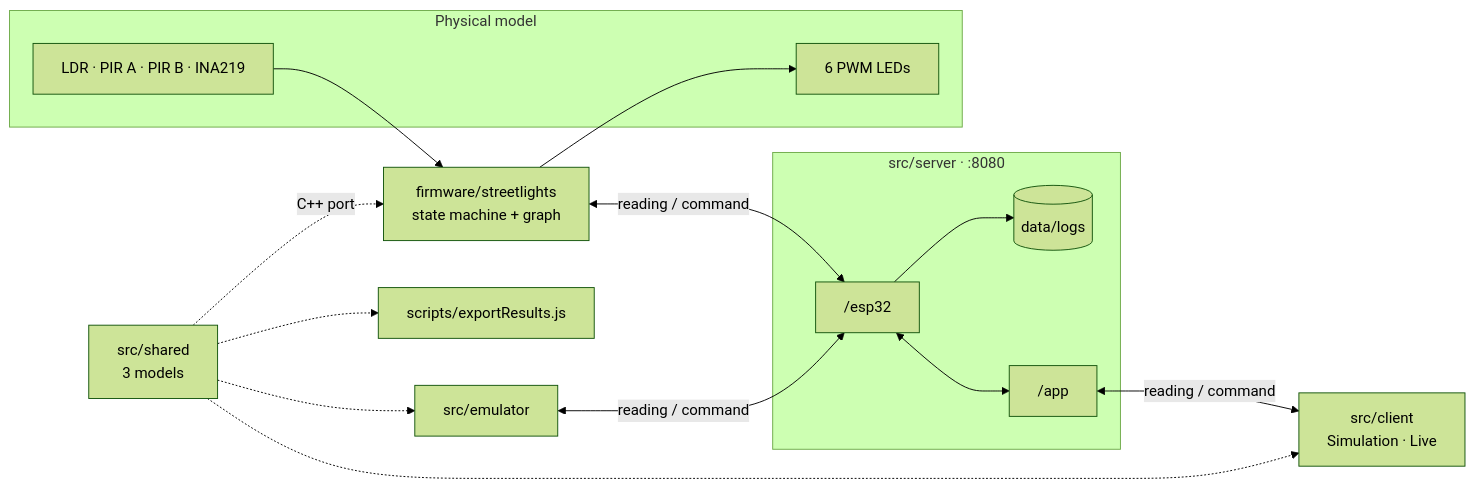
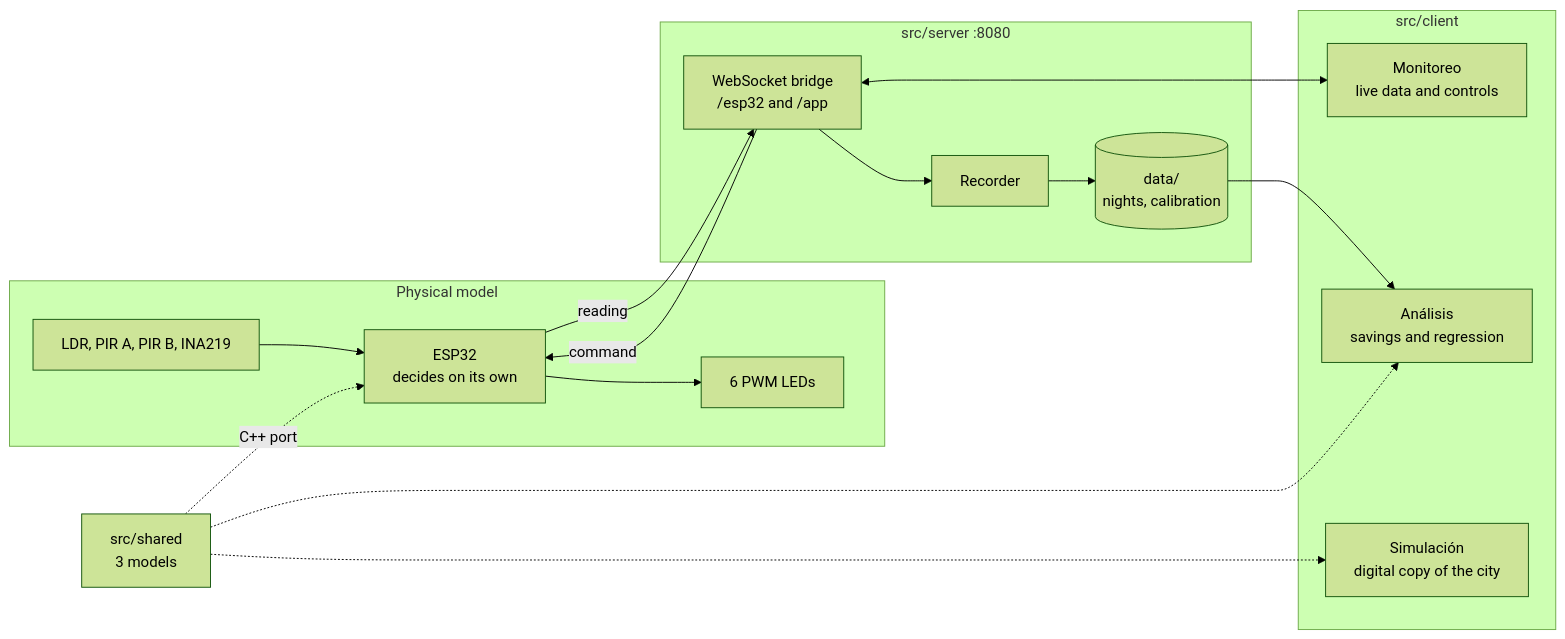
Before and after one commit to olmescode/cp2-alumbrado: the first of 3 diagrams in docs/architecture.md, drawn with Mermaid (forest theme). The commit also changed other lines of this file and 27 other files, not shown here.

````diff
--- a/docs/architecture.md
+++ b/docs/architecture.md
@@ -5,28 +5,29 @@
 ```mermaid
 flowchart LR
   subgraph Board["Physical model"]
-    SENSORS[LDR · PIR A · PIR B · INA219]
+    SENSORS[LDR, PIR A, PIR B, INA219]
+    FIRMWARE[ESP32<br/>decides on its own]
     LEDS[6 PWM LEDs]
   end
-  FIRMWARE[firmware/streetlights<br/>state machine + graph]
-  EMULATOR[src/emulator]
-  subgraph Server["src/server · :8080"]
-    DEVICE["/esp32"]
-    BROWSER["/app"]
-    LOGS[(data/logs)]
+  subgraph Server["src/server :8080"]
+    BRIDGE[WebSocket bridge<br/>/esp32 and /app]
+    RECORDER[Recorder]
+    DATA[(data/<br/>nights, calibration)]
+  end
+  subgraph App["src/client"]
+    MONITOR[Monitoreo<br/>live data and controls]
+    ANALYSIS[Análisis<br/>savings and regression]
+    SIMULATION[Simulación<br/>digital copy of the city]
   end
   SHARED[src/shared<br/>3 models]
-  CLIENT[src/client<br/>Simulation · Live]
-  EXPORT[scripts/exportResults.js]
 
   SENSORS --> FIRMWARE --> LEDS
-  FIRMWARE <-->|reading / command| DEVICE
-  EMULATOR <-->|reading / command| DEVICE
-  DEVICE <--> BROWSER
-  DEVICE --> LOGS
-  BROWSER <-->|reading / command| CLIENT
-  SHARED -.-> CLIENT
-  SHARED -.-> EMULATOR
-  SHARED -.-> EXPORT
+  FIRMWARE -->|reading| BRIDGE
+  BRIDGE -->|command| FIRMWARE
+  BRIDGE --> RECORDER --> DATA
+  BRIDGE <--> MONITOR
+  DATA --> ANALYSIS
+  SHARED -.-> SIMULATION
+  SHARED -.-> ANALYSIS
   SHARED -.C++ port.-> FIRMWARE
 ```
````
